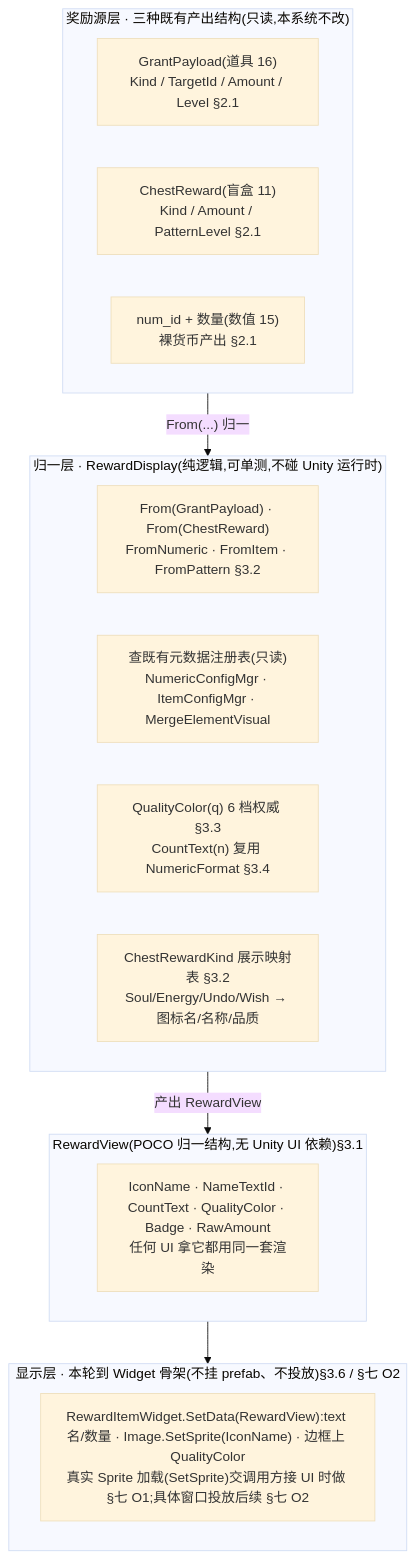
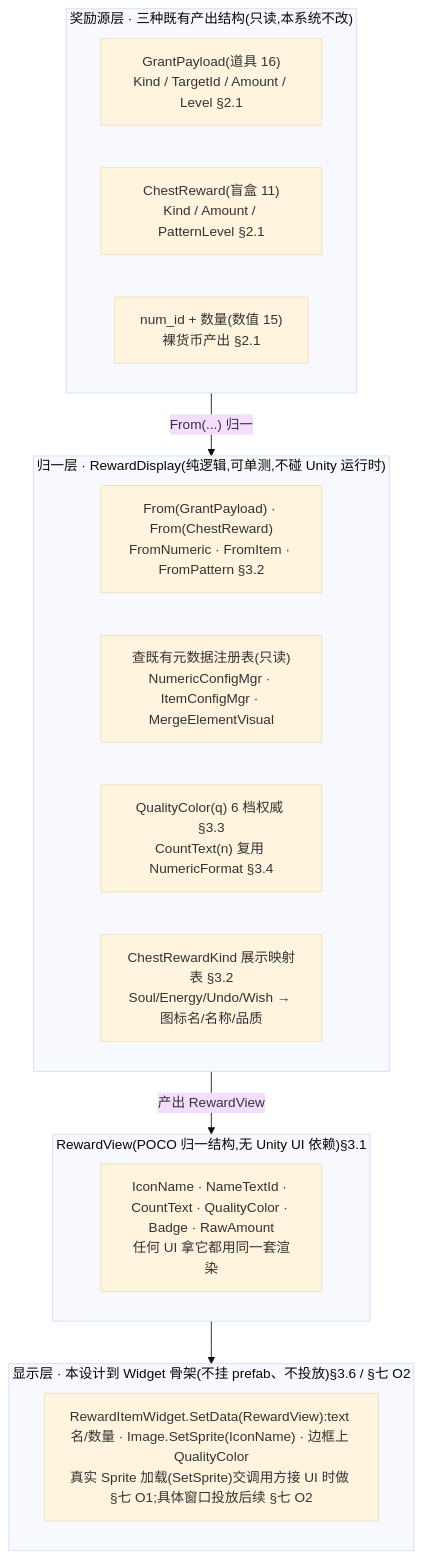
One commit to zhoupeng921101/TEngine_zp changed the first of 2 diagrams in UnityProject/design-docs/17-reward-display.md. Above: the diagram before and after it, drawn with Mermaid (base theme). The commit also changed other lines of this file and 11 other files, not shown here.

````diff
--- a/UnityProject/design-docs/17-reward-display.md
+++ b/UnityProject/design-docs/17-reward-display.md
@@ -77,23 +77,23 @@
 ```mermaid
 flowchart TD
     subgraph src["奖励源层 · 三种既有产出结构(只读,本系统不改)"]
         s1["GrantPayload(道具 16)<br/>Kind / TargetId / Amount / Level §2.1"]
         s2["ChestReward(盲盒 11)<br/>Kind / Amount / PatternLevel §2.1"]
         s3["num_id + 数量(数值 15)<br/>裸货币产出 §2.1"]
     end
     subgraph norm["归一层 · RewardDisplay(纯逻辑,可单测,不碰 Unity 运行时)"]
         n1["From(GrantPayload) · From(ChestReward)<br/>FromNumeric · FromItem · FromPattern §3.2"]
         n2["查既有元数据注册表(只读)<br/>NumericConfigMgr · ItemConfigMgr · MergeElementVisual"]
         n3["QualityColor(q) 6 档权威 §3.3<br/>CountText(n) 复用 NumericFormat §3.4"]
         n4["ChestRewardKind 展示映射表 §3.2<br/>Soul/Energy/Undo/Wish → 图标名/名称/品质"]
     end
     subgraph view["RewardView(POCO 归一结构,无 Unity UI 依赖)§3.1"]
         v1["IconName · NameTextId · CountText · QualityColor · Badge · RawAmount<br/>任何 UI 拿它都用同一套渲染"]
     end
-    subgraph disp["显示层 · 本轮到 Widget 骨架(不挂 prefab、不投放)§3.6 / §七 O2"]
+    subgraph disp["显示层 · 本设计到 Widget 骨架(不挂 prefab、不投放)§3.6 / §七 O2"]
         d1["RewardItemWidget.SetData(RewardView):text 名/数量 · Image.SetSprite(IconName) · 边框上 QualityColor<br/>真实 Sprite 加载(SetSprite)交调用方接 UI 时做 §七 O1;具体窗口投放后续 §七 O2"]
     end
     src -->|"From(...) 归一"| norm
     norm -->|产出 RewardView| view
     view --> disp
 ```
````
